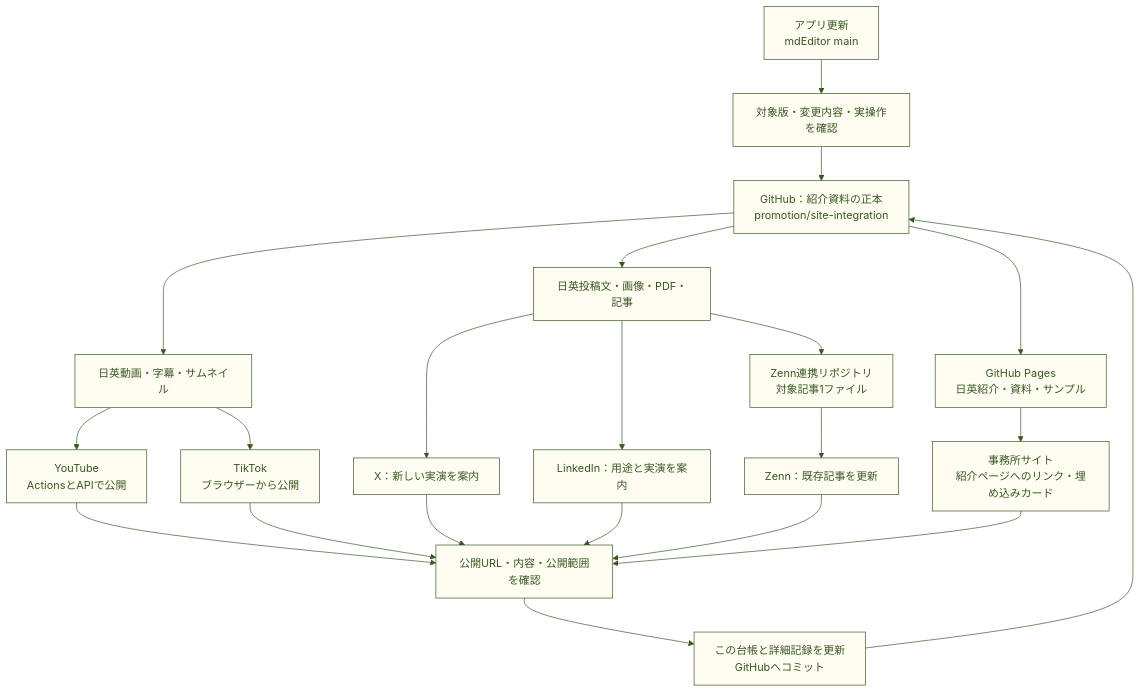
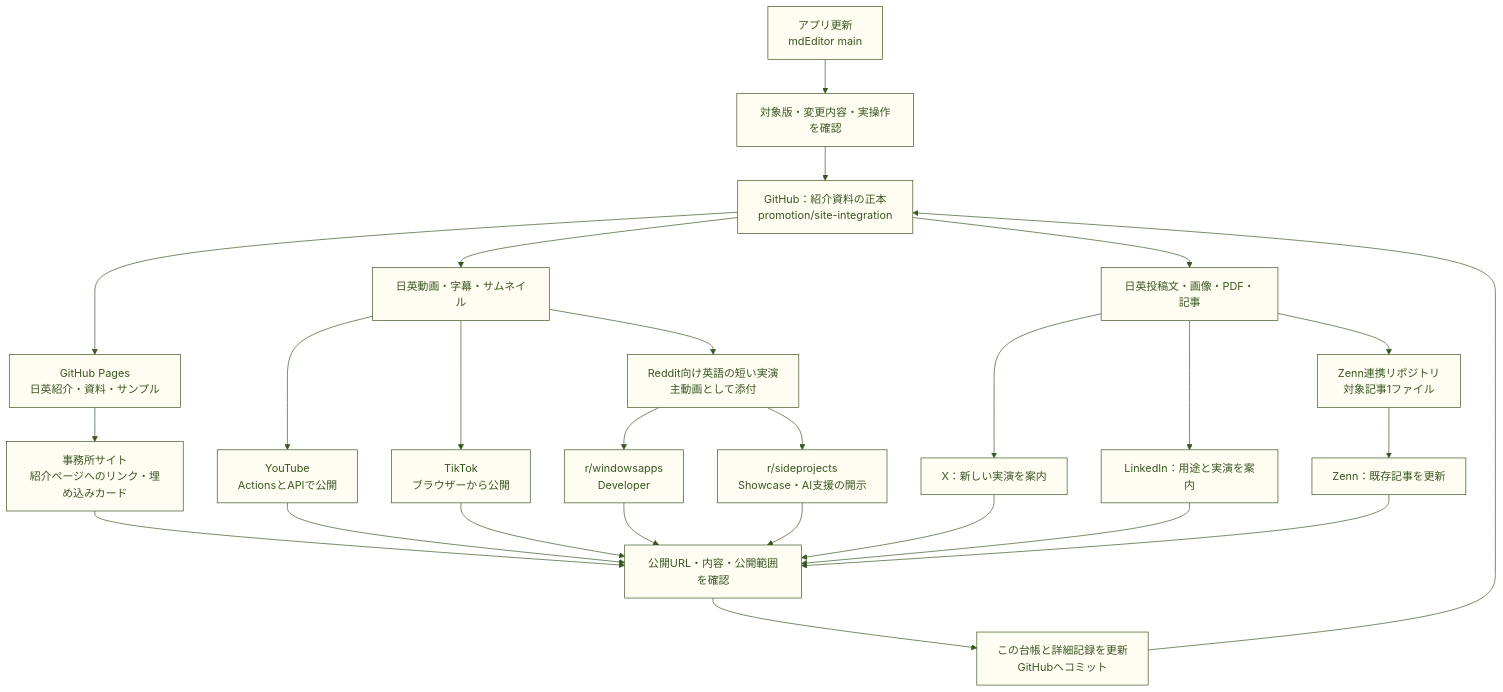
The first of 5 diagrams in promotion/PROMOTION-SYSTEM.md (5garashi/mdEditor), drawn with Mermaid before and after one commit. The commit also changed other lines of this file and 4 other files, not shown here.

````diff
--- a/promotion/PROMOTION-SYSTEM.md
+++ b/promotion/PROMOTION-SYSTEM.md
@@ -30,24 +24,29 @@
 ```mermaid
 %%{init: {'theme':'base','themeVariables':{'primaryColor':'#FFFDF2','primaryTextColor':'#385723','primaryBorderColor':'#385723','lineColor':'#385723','secondaryColor':'#FFE699','tertiaryColor':'#F9EFCB','fontFamily':'Yu Gothic, Meiryo, sans-serif'}}}%%
 flowchart TD
     APP["アプリ更新<br/>mdEditor main"] --> CHECK["対象版・変更内容・実操作を確認"]
     CHECK --> HUB["GitHub：紹介資料の正本<br/>promotion/site-integration"]
     HUB --> WEB["GitHub Pages<br/>日英紹介・資料・サンプル"]
     HUB --> VIDEO["日英動画・字幕・サムネイル"]
     VIDEO --> YT["YouTube<br/>ActionsとAPIで公開"]
     VIDEO --> TT["TikTok<br/>ブラウザーから公開"]
+    VIDEO --> REDDIT["Reddit向け英語の短い実演<br/>主動画として添付"]
+    REDDIT --> RW["r/windowsapps<br/>Developer"]
+    REDDIT --> RS["r/sideprojects<br/>Showcase・AI支援の開示"]
     HUB --> COPY["日英投稿文・画像・PDF・記事"]
     COPY --> X["X：新しい実演を案内"]
     COPY --> LI["LinkedIn：用途と実演を案内"]
     COPY --> ZSRC["Zenn連携リポジトリ<br/>対象記事1ファイル"]
     ZSRC --> ZENN["Zenn：既存記事を更新"]
     WEB --> OFFICE["事務所サイト<br/>紹介ページへのリンク・埋め込みカード"]
     YT --> VERIFY["公開URL・内容・公開範囲を確認"]
     TT --> VERIFY
     X --> VERIFY
+    RW --> VERIFY
+    RS --> VERIFY
     LI --> VERIFY
     ZENN --> VERIFY
     OFFICE --> VERIFY
     VERIFY --> LOG["この台帳と詳細記録を更新<br/>GitHubへコミット"]
     LOG --> HUB
 ```
````
